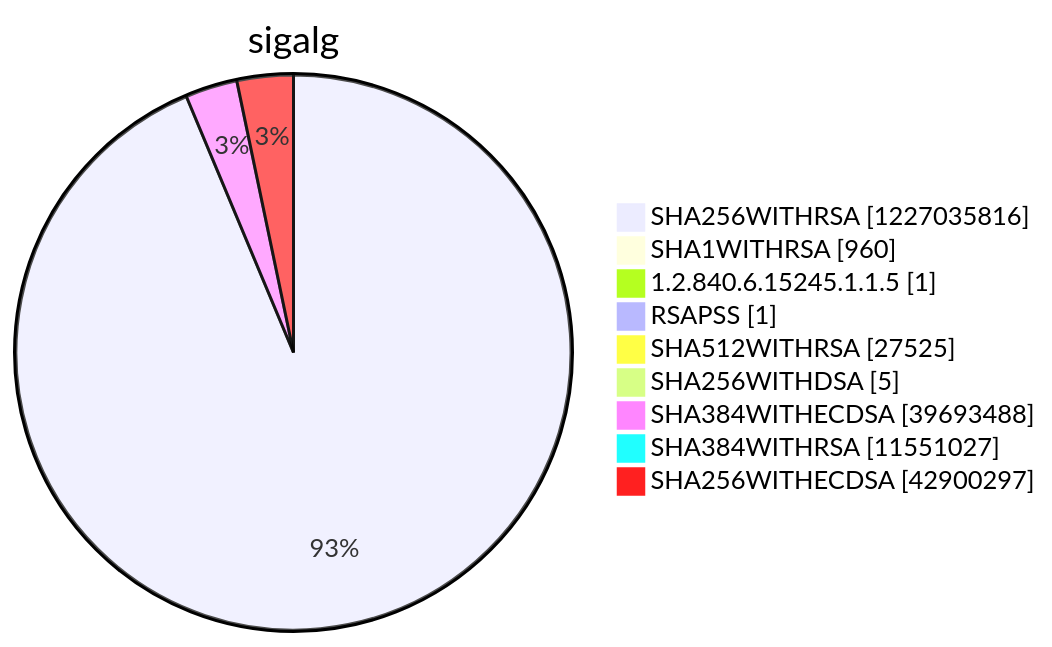
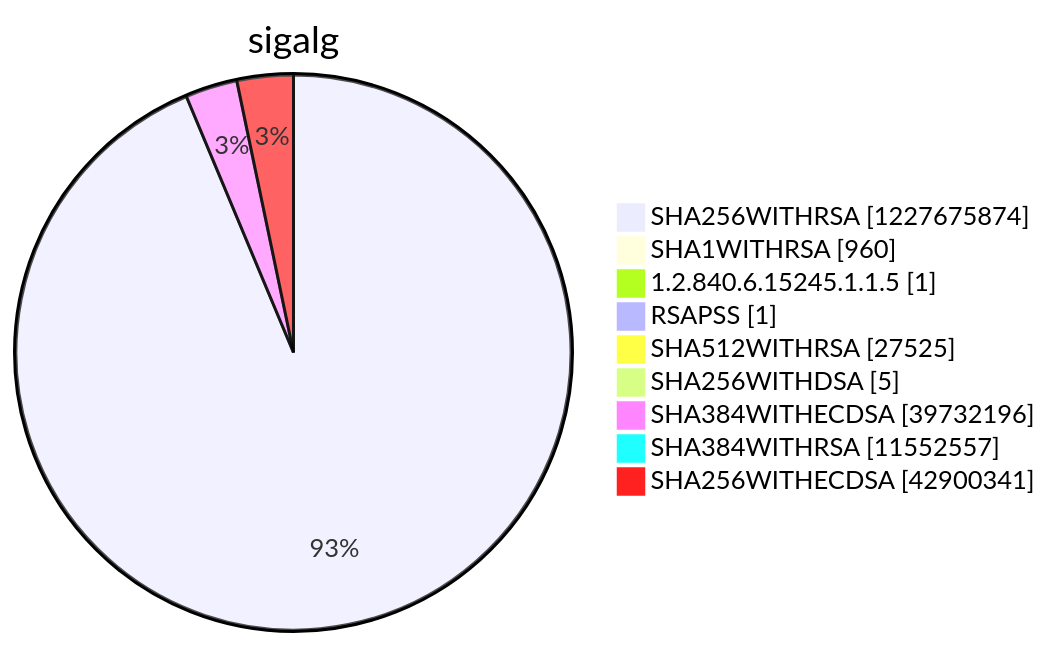
Before and after one commit to christiankrug/ctmonitor_visualization: diagram 15 of 15 in argon2022/README.md, drawn with Mermaid. The commit also changed other lines of this file, not shown here.

````diff
--- a/argon2022/README.md
+++ b/argon2022/README.md
@@ -5522,13 +5522,13 @@
 ```mermaid
 pie showData
 title sigalg
-"SHA256WITHRSA" :1227035816
+"SHA256WITHRSA" :1227675874
 "SHA1WITHRSA" :960
 "1.2.840.6.15245.1.1.5" :1
 "RSAPSS" :1
 "SHA512WITHRSA" :27525
 "SHA256WITHDSA" :5
-"SHA384WITHECDSA" :39693488
-"SHA384WITHRSA" :11551027
-"SHA256WITHECDSA" :42900297
+"SHA384WITHECDSA" :39732196
+"SHA384WITHRSA" :11552557
+"SHA256WITHECDSA" :42900341
 ```
````
